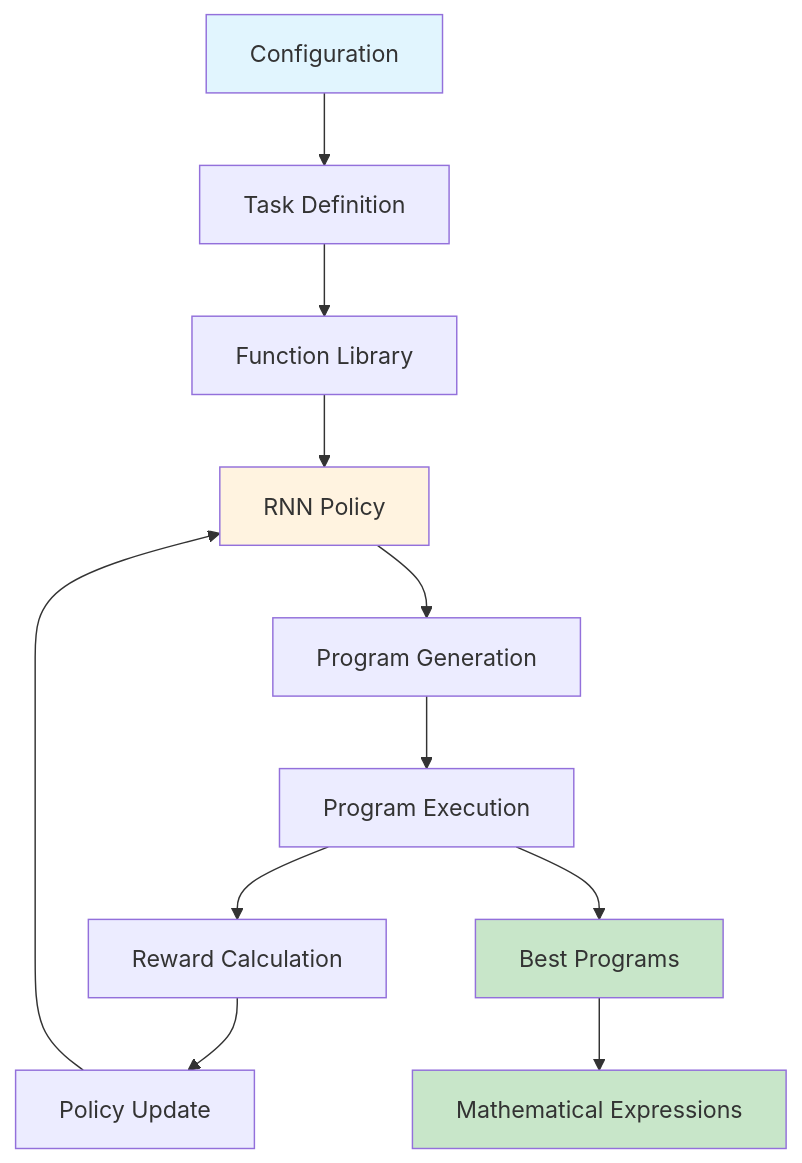
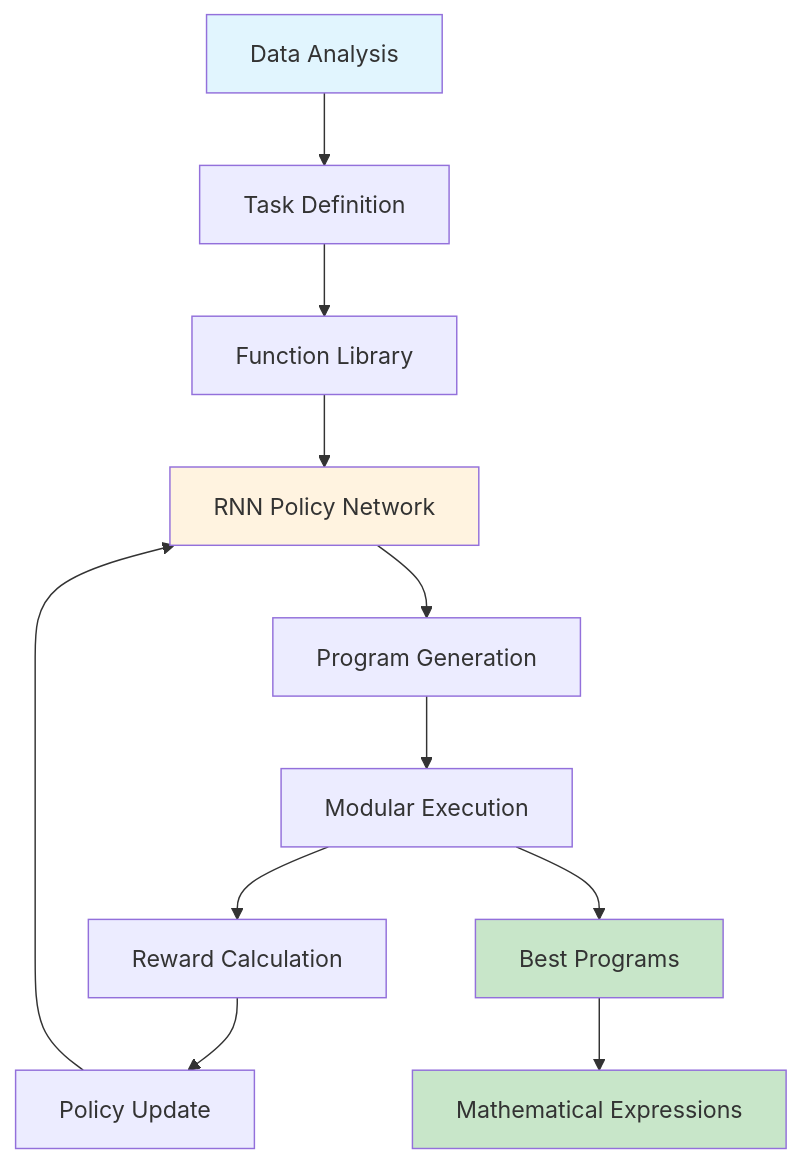
One commit to sheydHD/deep-symbolic-optimization changed the first of 2 diagrams in dso-docs/docs/core/architecture.md. Above: the diagram before and after it, drawn with Mermaid. The commit also changed other lines of this file and 33 other files, not shown here.

````diff
--- a/dso-docs/docs/core/architecture.md
+++ b/dso-docs/docs/core/architecture.md
@@ -11,19 +11,19 @@
 ```mermaid
 graph TD
-    A[Configuration] --> B[Task Definition]
+    A[Data Analysis] --> B[Task Definition]
     B --> C[Function Library]
-    C --> D[RNN Policy]
+    C --> D[RNN Policy Network]
     D --> E[Program Generation]
-    E --> F[Program Execution]
+    E --> F[Modular Execution]
     F --> G[Reward Calculation]
     G --> H[Policy Update]
     H --> D
     
     F --> I[Best Programs]
     I --> J[Mathematical Expressions]
     
     style A fill:#e1f5fe
     style D fill:#fff3e0
     style I fill:#c8e6c9
     style J fill:#c8e6c9
 ```
````
